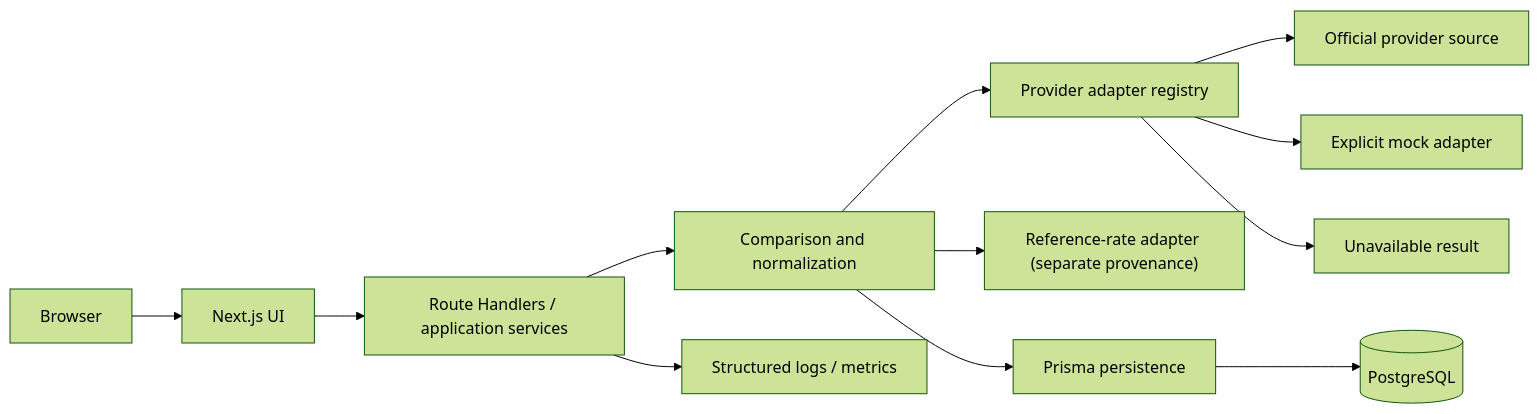
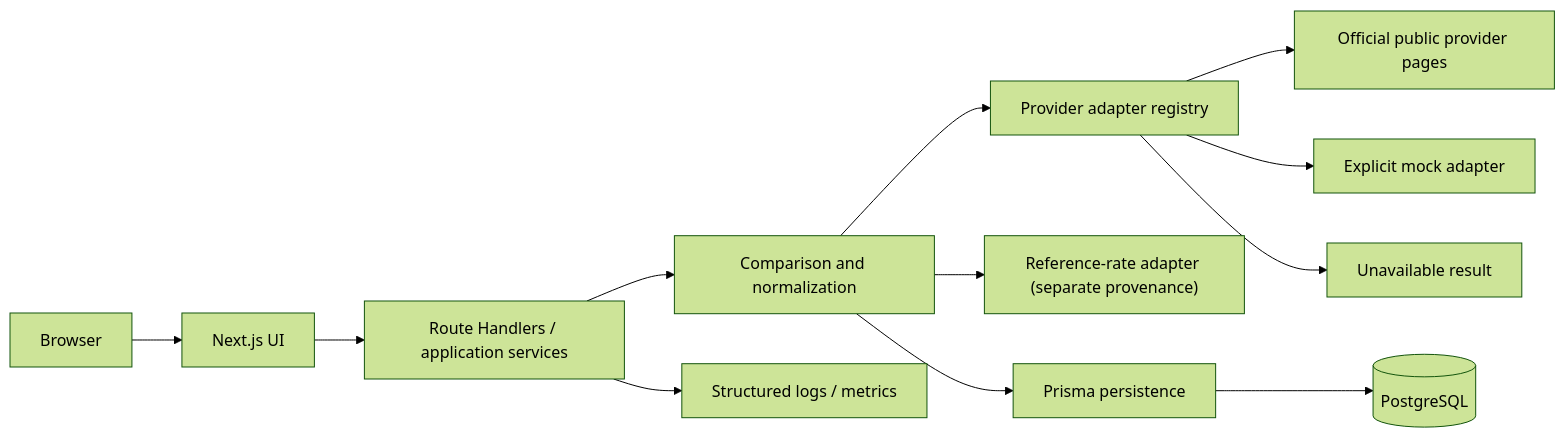
Before and after one commit to Busaman/exchangerates: the first of 2 diagrams in ARCHITECTURE.md, drawn with Mermaid (forest theme). The commit also changed other lines of this file and 26 other files, not shown here.

````diff
--- a/ARCHITECTURE.md
+++ b/ARCHITECTURE.md
@@ -11,14 +11,14 @@
 ```mermaid
 flowchart LR
   U["Browser"] --> UI["Next.js UI"]
   UI --> API["Route Handlers / application services"]
   API --> C["Comparison and normalization"]
   C --> A["Provider adapter registry"]
-  A --> O["Official provider source"]
+  A --> O["Official public provider pages"]
   A --> M["Explicit mock adapter"]
   A --> X["Unavailable result"]
   C --> R["Reference-rate adapter (separate provenance)"]
   C --> P["Prisma persistence"]
   P --> DB[("PostgreSQL")]
   API --> L["Structured logs / metrics"]
 ```
````
